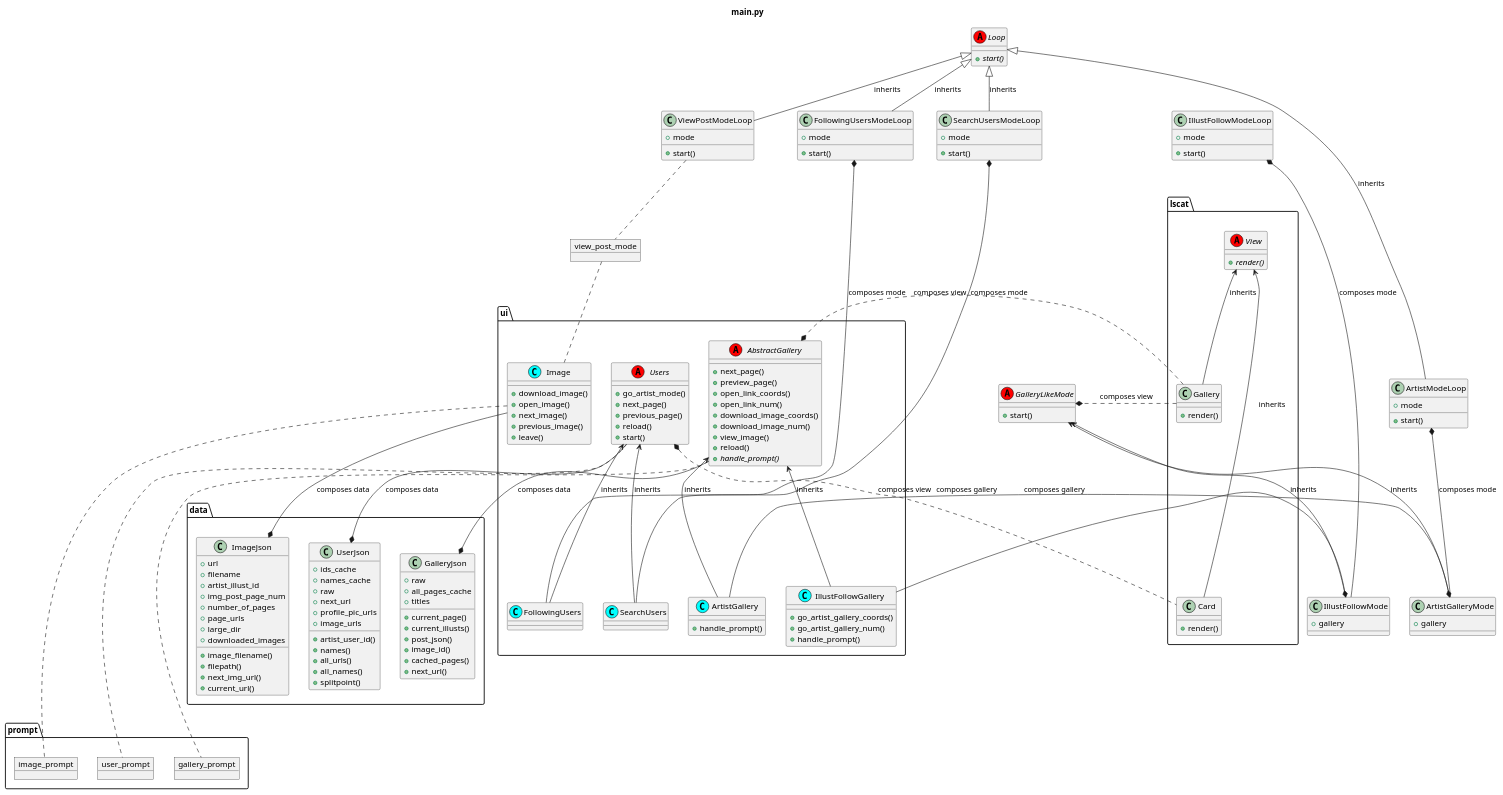
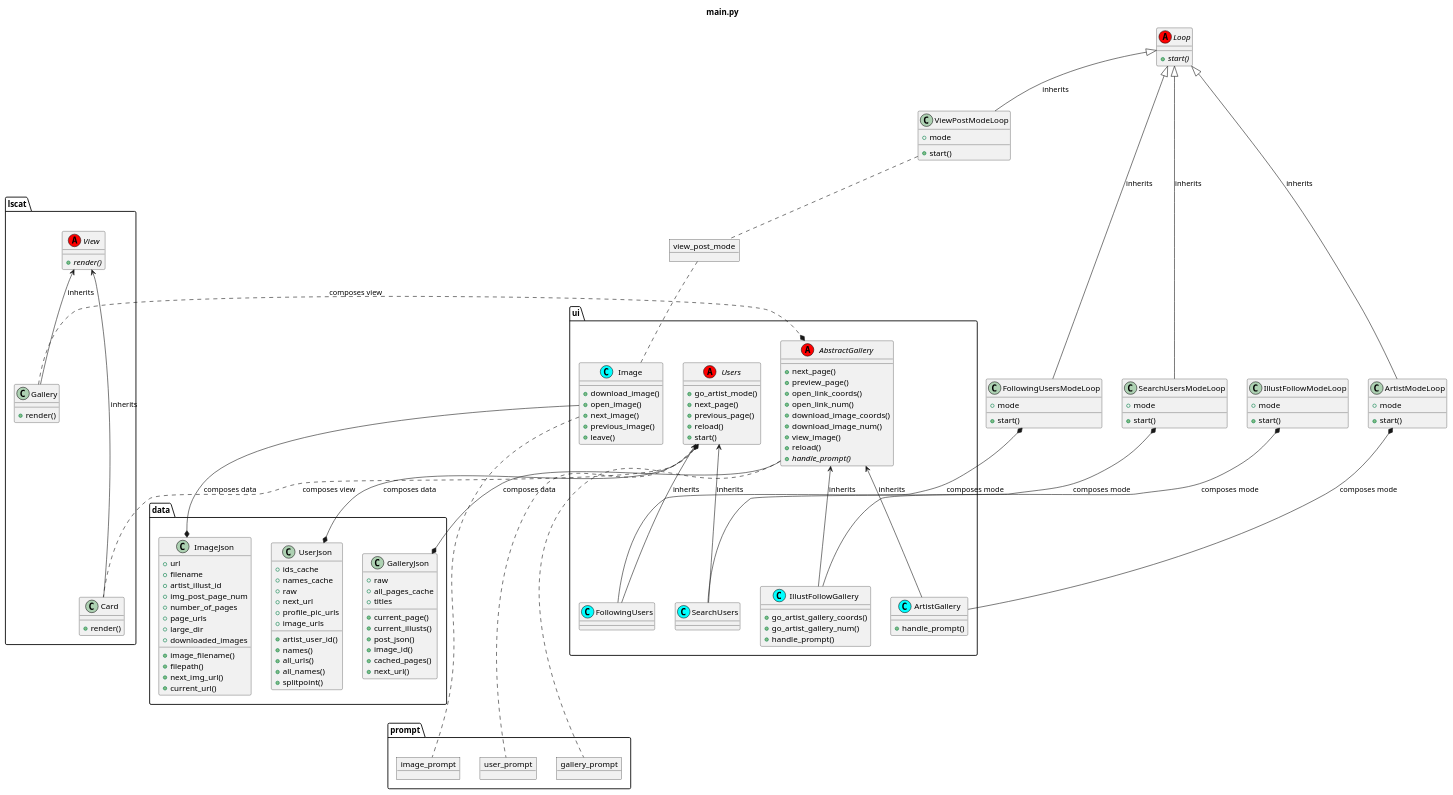
Before and after one commit to akazukin5151/koneko-old: the diagram in puml/classes.puml, drawn with PlantUML. The commit also changed 2 other files, not shown here.

```diff
--- a/puml/classes.puml
+++ b/puml/classes.puml
@@ -1,192 +1,168 @@
 @startuml
 
 title main.py
 
 abstract class Loop <<(A, red)>>{
   +{abstract}start()
 }
 
 class ArtistModeLoop {
     + mode
     +start()
 }
 class IllustFollowModeLoop {
     + mode
     +start()
 }
 Loop <|-down- ArtistModeLoop: inherits
 Loop <|-down[hidden]- IllustFollowModeLoop: inherits
 
-
-abstract class GalleryLikeMode <<(A, red)>>{
-    +start()
-}
-class ArtistGalleryMode {
-    + gallery
-}
-class IllustFollowMode {
-    + gallery
-}
 abstract class ui.AbstractGallery <<(A, red)>>{
     +next_page()
     +preview_page()
     +open_link_coords()
     +open_link_num()
     +download_image_coords()
     +download_image_num()
     +view_image()
     +reload()
     +{abstract}handle_prompt()
 }
 
 class ui.ArtistGallery <<(C, cyan)>>{
     +handle_prompt()
 }
 class ui.IllustFollowGallery <<(C, cyan)>>{
     +go_artist_gallery_coords()
     +go_artist_gallery_num()
     +handle_prompt()
 }
-GalleryLikeMode <-down- ArtistGalleryMode: inherits
-ArtistModeLoop*-down- ArtistGalleryMode: composes mode
+ArtistModeLoop*-down- ui.ArtistGallery: composes mode
 
-GalleryLikeMode <-down- IllustFollowMode: inherits
-IllustFollowModeLoop*-down- IllustFollowMode: composes mode
+IllustFollowModeLoop*-down- ui.IllustFollowGallery: composes mode
 
 ui.AbstractGallery <-down- ui.IllustFollowGallery: inherits
-IllustFollowMode*-down-- ui.IllustFollowGallery: composes gallery
 
 ui.AbstractGallery <-down- ui.ArtistGallery: inherits
-ArtistGalleryMode*-down-- ui.ArtistGallery: composes gallery
 
 ui.ArtistGallery -right[hidden]-> ui.IllustFollowGallery
 
 class ViewPostModeLoop {
     + mode
     +start()
 }
 object view_post_mode
 class ui.Image <<(C, cyan)>>{
     + download_image()
     + open_image()
     + next_image()
     + previous_image()
     + leave()
 }
 
 Loop <|-down- ViewPostModeLoop: inherits
 ViewPostModeLoop .. view_post_mode
 view_post_mode .. ui.Image
 
 
 class FollowingUsersModeLoop {
     + mode
     +start()
 }
 class SearchUsersModeLoop {
     + mode
     +start()
 }
 Loop <|-down- FollowingUsersModeLoop: inherits
 Loop <|-down- SearchUsersModeLoop: inherits
 
 class ui.FollowingUsers <<(C, cyan)>>
 class ui.SearchUsers <<(C, cyan)>>
 abstract class ui.Users <<(A, red)>>{
     +go_artist_mode()
     +next_page()
     +previous_page()
     +reload()
     +start()
 }
 ui.Users <-down- ui.FollowingUsers: inherits
 ui.Users <-down- ui.SearchUsers: inherits
 FollowingUsersModeLoop*-down- ui.FollowingUsers: composes mode
 SearchUsersModeLoop*-down- ui.SearchUsers: composes mode
 
 
 abstract class lscat.View <<(A, red)>>{
     +{abstract}render()
 }
 class lscat.Card {
     +render()
 }
 class lscat.Gallery {
     +render()
 }
 
 lscat.View <-right- lscat.Card: inherits
 lscat.View <-down- lscat.Gallery: inherits
 
 ui.Users*.down. lscat.Card: composes view
-GalleryLikeMode*.up lscat.Gallery: composes view
 ui.AbstractGallery*.up lscat.Gallery: composes view
 
-ui.AbstractGallery --up[hidden]-> GalleryLikeMode
-IllustFollowMode -right[hidden]-> ArtistGalleryMode
-ui.SearchUsers -right[hidden]-> IllustFollowMode
-
-GalleryLikeMode -down[hidden]-> ui.IllustFollowGallery
-GalleryLikeMode -down[hidden]-> ui.ArtistGallery
-
-ui.Users -right[hidden]-> GalleryLikeMode
-lscat.Card -up[hidden]-> GalleryLikeMode
 lscat.Card -up[hidden]-> lscat.Gallery
 lscat.Card --up[hidden]-> ui.AbstractGallery
 
 package prompt {
     object user_prompt
     ui.Users .. user_prompt
 
     object gallery_prompt
     ui.AbstractGallery .down. gallery_prompt
 
     object image_prompt
     ui.Image .down..image_prompt
 }
 
 
 class data.GalleryJson {
     + raw
     + all_pages_cache
     + titles
     +current_page()
     +current_illusts()
     +post_json()
     +image_id()
     +cached_pages()
     +next_url()
 }
 class data.ImageJson {
     + url
     + filename
     + artist_illust_id
     + img_post_page_num
     + number_of_pages
     + page_urls
     + large_dir
     + downloaded_images
     +image_filename()
     +filepath()
     +next_img_url()
     +current_url()
 }
 class data.UserJson {
     + ids_cache
     + names_cache
     + raw
     + next_url
     + profile_pic_urls
     + image_urls
     +artist_user_id()
     +names()
     +all_urls()
     +all_names()
     +splitpoint()
 }
 
 data.GalleryJson *-up- ui.AbstractGallery: composes data
 data.ImageJson *-up- ui.Image: composes data
 data.UserJson *-up- ui.Users: composes data
 
 @enduml
```
